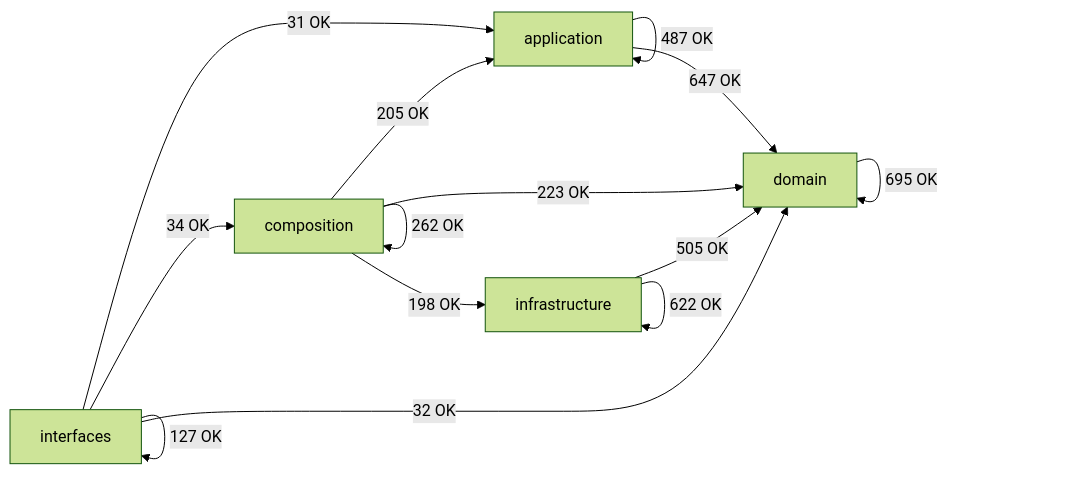
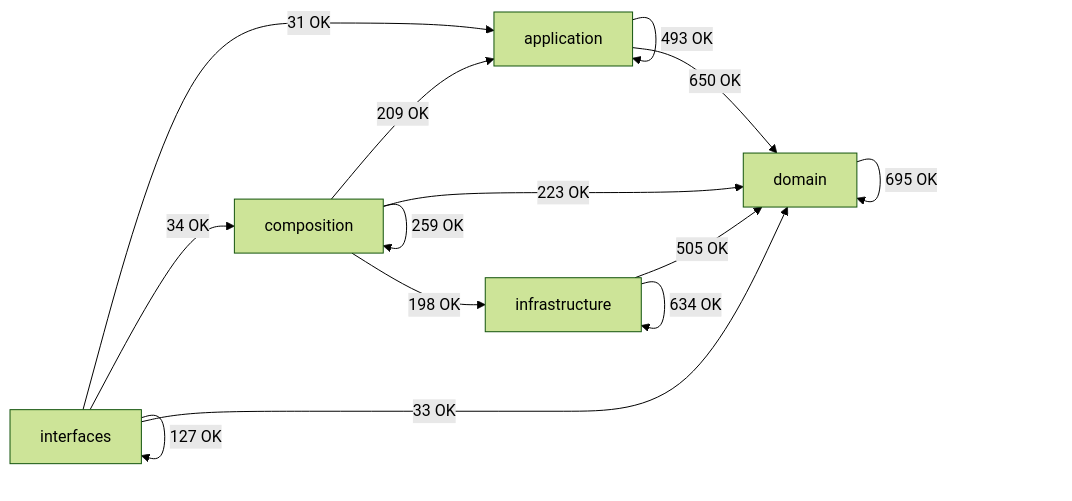
Before and after one commit to SatoryKono/BioactivityDataAcquisition: the diagram in docs/02-architecture/generated/module-dependency-map.md, drawn with Mermaid (forest theme). The commit also changed other lines of this file and 132 other files, not shown here.

````diff
--- a/docs/02-architecture/generated/module-dependency-map.md
+++ b/docs/02-architecture/generated/module-dependency-map.md
@@ -16,21 +16,21 @@
 ```mermaid
 flowchart LR
     domain[domain]
     application[application]
     infrastructure[infrastructure]
     composition[composition]
     interfaces[interfaces]
-    application -->|487 OK| application
-    application -->|647 OK| domain
-    composition -->|205 OK| application
-    composition -->|262 OK| composition
+    application -->|493 OK| application
+    application -->|650 OK| domain
+    composition -->|209 OK| application
+    composition -->|259 OK| composition
     composition -->|223 OK| domain
     composition -->|198 OK| infrastructure
     domain -->|695 OK| domain
     infrastructure -->|505 OK| domain
-    infrastructure -->|622 OK| infrastructure
+    infrastructure -->|634 OK| infrastructure
     interfaces -->|31 OK| application
     interfaces -->|34 OK| composition
-    interfaces -->|32 OK| domain
+    interfaces -->|33 OK| domain
     interfaces -->|127 OK| interfaces
 ```
````
